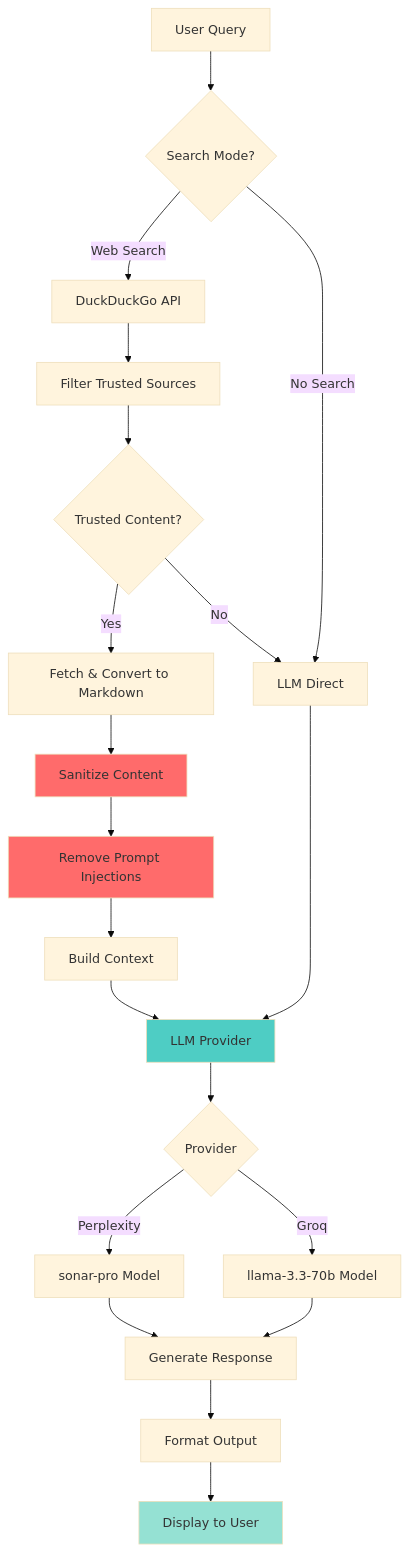
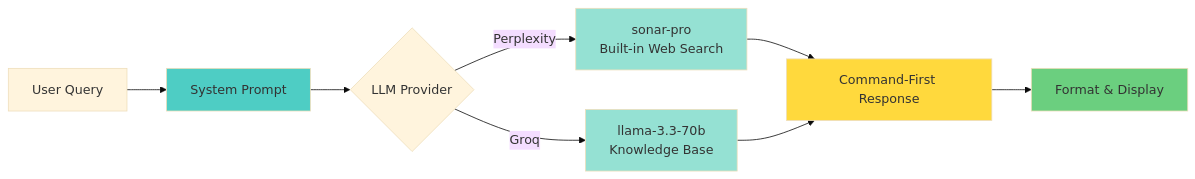
Before and after one commit to neur0map/cyx: the diagram in README.md, drawn with Mermaid (base theme). The commit also changed other lines of this file and 4 other files, not shown here.

````diff
--- a/README.md
+++ b/README.md
@@ -26,27 +26,16 @@
 ```mermaid
-graph TD
-    A[User Query] --> B{Search Mode?}
-    B -->|Web Search| C[DuckDuckGo API]
-    B -->|No Search| G[LLM Direct]
-    C --> D[Filter Trusted Sources]
-    D --> E{Trusted Content?}
-    E -->|Yes| F[Fetch & Convert to Markdown]
-    E -->|No| G
-    F --> H[Sanitize Content]
-    H --> I[Remove Prompt Injections]
-    I --> J[Build Context]
-    J --> K[LLM Provider]
-    G --> K
-    K --> L{Provider}
-    L -->|Perplexity| M[sonar-pro Model]
-    L -->|Groq| N[llama-3.3-70b Model]
-    M --> O[Generate Response]
-    N --> O
-    O --> P[Format Output]
-    P --> Q[Display to User]
+graph LR
+    A[User Query] --> B[System Prompt]
+    B --> C{LLM Provider}
+    C -->|Perplexity| D[sonar-pro<br/>Built-in Web Search]
+    C -->|Groq| E[llama-3.3-70b<br/>Knowledge Base]
+    D --> F[Command-First Response]
+    E --> F
+    F --> G[Format & Display]
 
-    style H fill:#ff6b6b
-    style I fill:#ff6b6b
-    style K fill:#4ecdc4
-    style Q fill:#95e1d3
+    style B fill:#4ecdc4
+    style D fill:#95e1d3
+    style E fill:#95e1d3
+    style F fill:#ffd93d
+    style G fill:#6bcf7f
 ```
````
